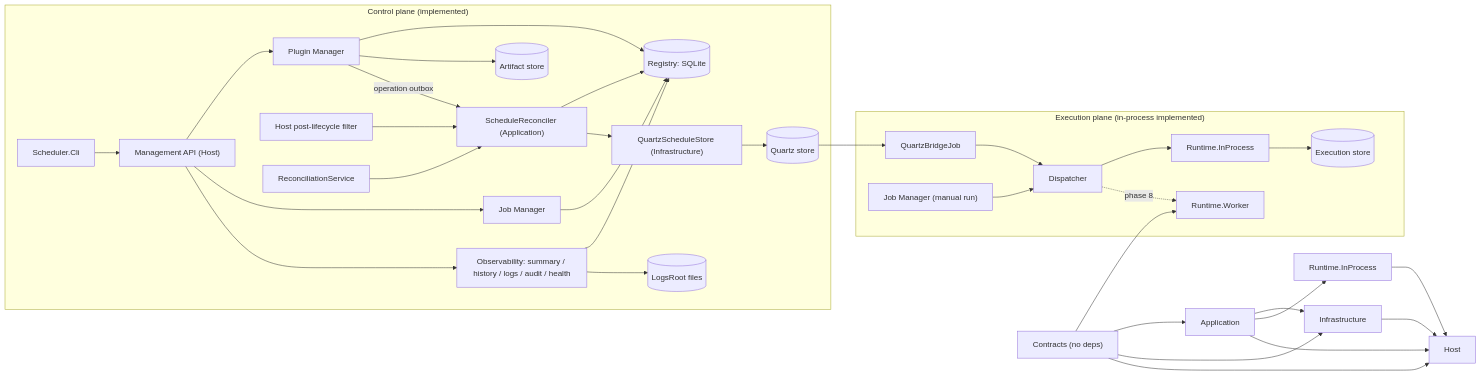
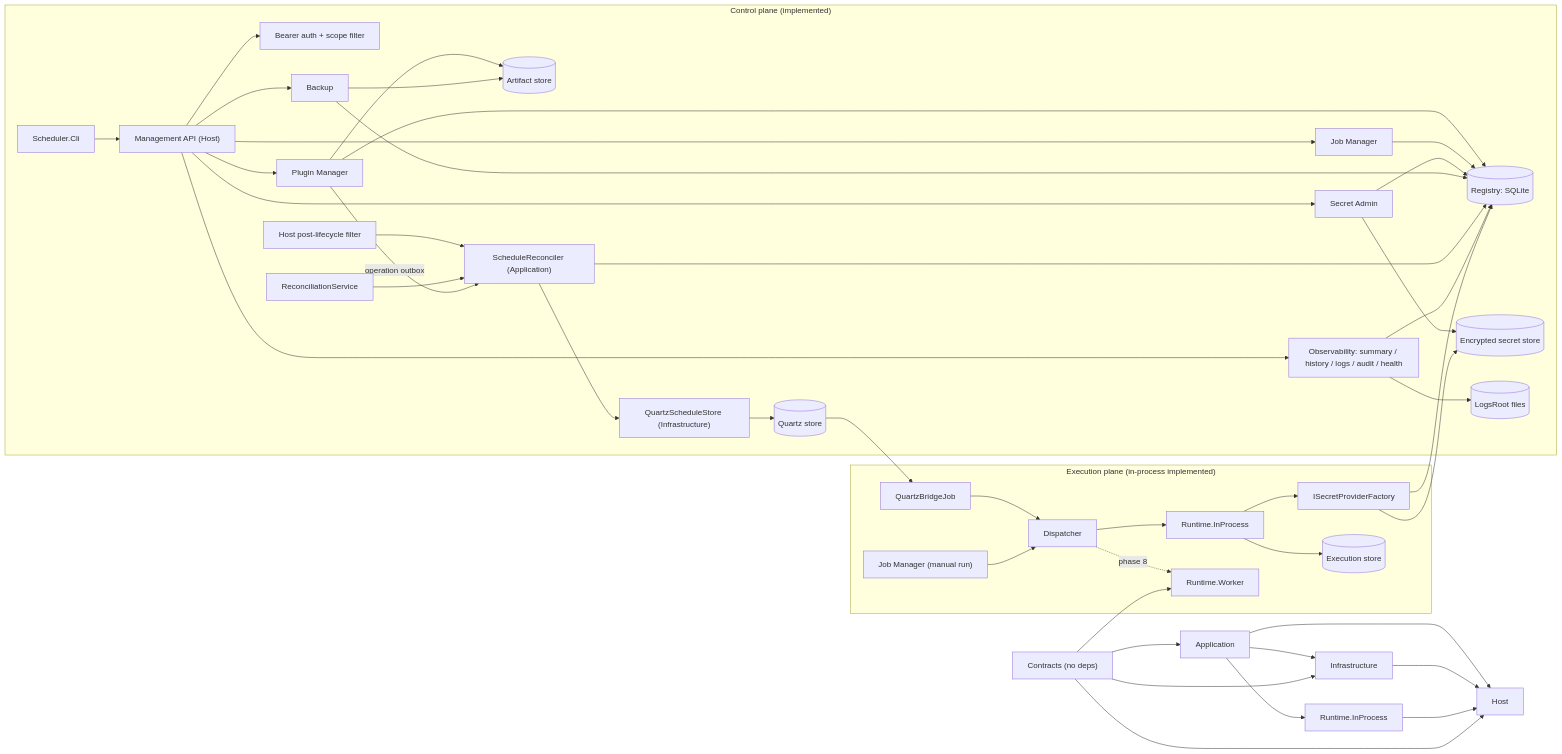
The seventh of 7 diagrams in docs/graphs/plugin-workflows.md (nicknad/job-scheduler), drawn with Mermaid before and after one commit. The commit also changed other lines of this file and 65 other files, not shown here.

````diff
--- a/docs/graphs/plugin-workflows.md
+++ b/docs/graphs/plugin-workflows.md
@@ -175,37 +204,47 @@
 ```mermaid
 flowchart LR
   subgraph Ctrl["Control plane (implemented)"]
     CLI["Scheduler.Cli"] --> API["Management API (Host)"]
+    API --> AUTH["Bearer auth + scope filter"]
     API --> PM["Plugin Manager"]
     API --> JM["Job Manager"]
+    API --> SMA["Secret Admin"]
+    API --> BAK["Backup"]
     PM --> REG[("Registry: SQLite")]
     JM --> REG
+    SMA --> REG
+    SMA --> SSTORE[("Encrypted secret store")]
     PM --> ART[("Artifact store")]
+    BAK --> REG
+    BAK --> ART
     FILTER["Host post-lifecycle filter"] --> RECON
     PERIODIC["ReconciliationService"] --> RECON
     RECON["ScheduleReconciler (Application)"] --> REG
     RECON --> STORE["IScheduleStore"]
     STORE["QuartzScheduleStore (Infrastructure)"] --> QZ[("Quartz store")]
     API --> OBS["Observability: summary / history / logs / audit / health"]
     OBS --> REG
     OBS --> LOGS[("LogsRoot files")]
   end
   subgraph Exe["Execution plane (in-process implemented)"]
     QZ --> BRIDGE["QuartzBridgeJob"]
     BRIDGE --> DISP["Dispatcher"]
     RUN["Job Manager (manual run)"] --> DISP
     DISP --> RT["Runtime.InProcess"]
+    RT --> SPF["ISecretProviderFactory"]
+    SPF --> REG
+    SPF --> SSTORE
     DISP -. "phase 8" .-> RWK["Runtime.Worker"]
     RT --> EXC[("Execution store")]
   end
   PM -- "operation outbox" --> RECON
   CON["Contracts (no deps)"] --> APP["Application"]
   APP --> INF["Infrastructure"]
   CON --> INF
   APP --> RIP["Runtime.InProcess"]
   CON --> RWK
   APP --> HOST["Host"]
   INF --> HOST
   RIP --> HOST
   CON --> HOST
 ```
````
